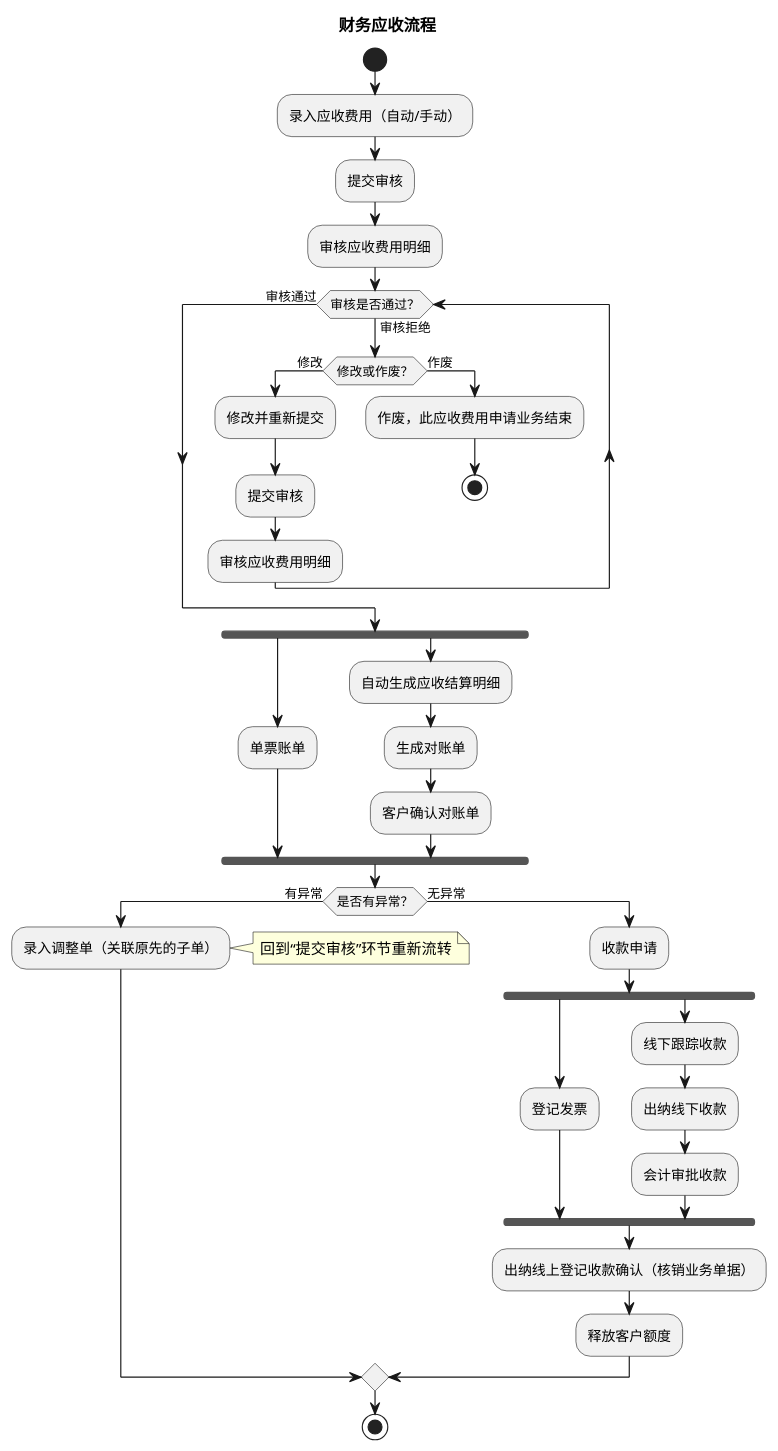
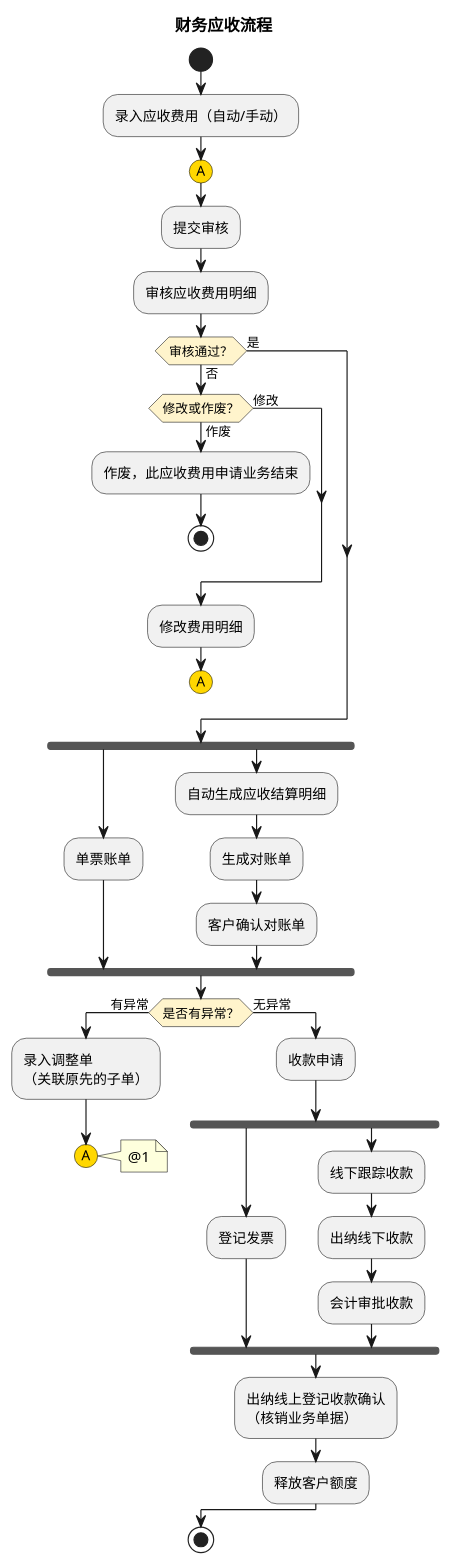
One commit to jack888332/projects-doc changed the sixth of 7 diagrams in product-caliber/goldjet/segmented-prd/mainflow/PRD.高捷物流系统一期.主流程.08.税金管理与财务结算流程.md. Above: the diagram before and after it, drawn with PlantUML. The commit also changed other lines of this file and 20 other files, not shown here.

Commit message:
优化流程表对应的DLS图

````diff
--- a/product-caliber/goldjet/segmented-prd/mainflow/PRD.高捷物流系统一期.主流程.08.税金管理与财务结算流程.md
+++ b/product-caliber/goldjet/segmented-prd/mainflow/PRD.高捷物流系统一期.主流程.08.税金管理与财务结算流程.md
@@ -126,42 +136,47 @@
 ```plantuml
 @startuml
+skinparam activityDiamondBackgroundColor #FFF4CC
 title 财务应收流程
 start
 :录入应收费用（自动/手动）;
+#gold:(A)
 :提交审核;
 :审核应收费用明细;
-while (审核是否通过？) is (审核拒绝)
-  if (修改或作废？) then (修改)
-    :修改并重新提交;
-    :提交审核;
-    :审核应收费用明细;
-  else (作废)
+if (审核通过？) then (否)
+  if (修改或作废？) then (作废)
     :作废，此应收费用申请业务结束;
     stop
+  else (修改)
   endif
-endwhile (审核通过)
+  :修改费用明细;
+  #gold:(A)
+  detach
+else (是)
+endif
 fork
   :单票账单;
 fork again
   :自动生成应收结算明细;
   :生成对账单;
   :客户确认对账单;
 end fork
 if (是否有异常？) then (有异常)
-  :录入调整单（关联原先的子单）;
-  note right: 回到“提交审核”环节重新流转
+  :录入调整单\n（关联原先的子单）;
+  #gold:(A)
+  note right: @1
+  detach
 else (无异常)
   :收款申请;
   fork
     :登记发票;
   fork again
     :线下跟踪收款;
     :出纳线下收款;
     :会计审批收款;
   end fork
-  :出纳线上登记收款确认（核销业务单据）;
+  :出纳线上登记收款确认\n（核销业务单据）;
   :释放客户额度;
 endif
 stop
 @enduml
 ```
````
